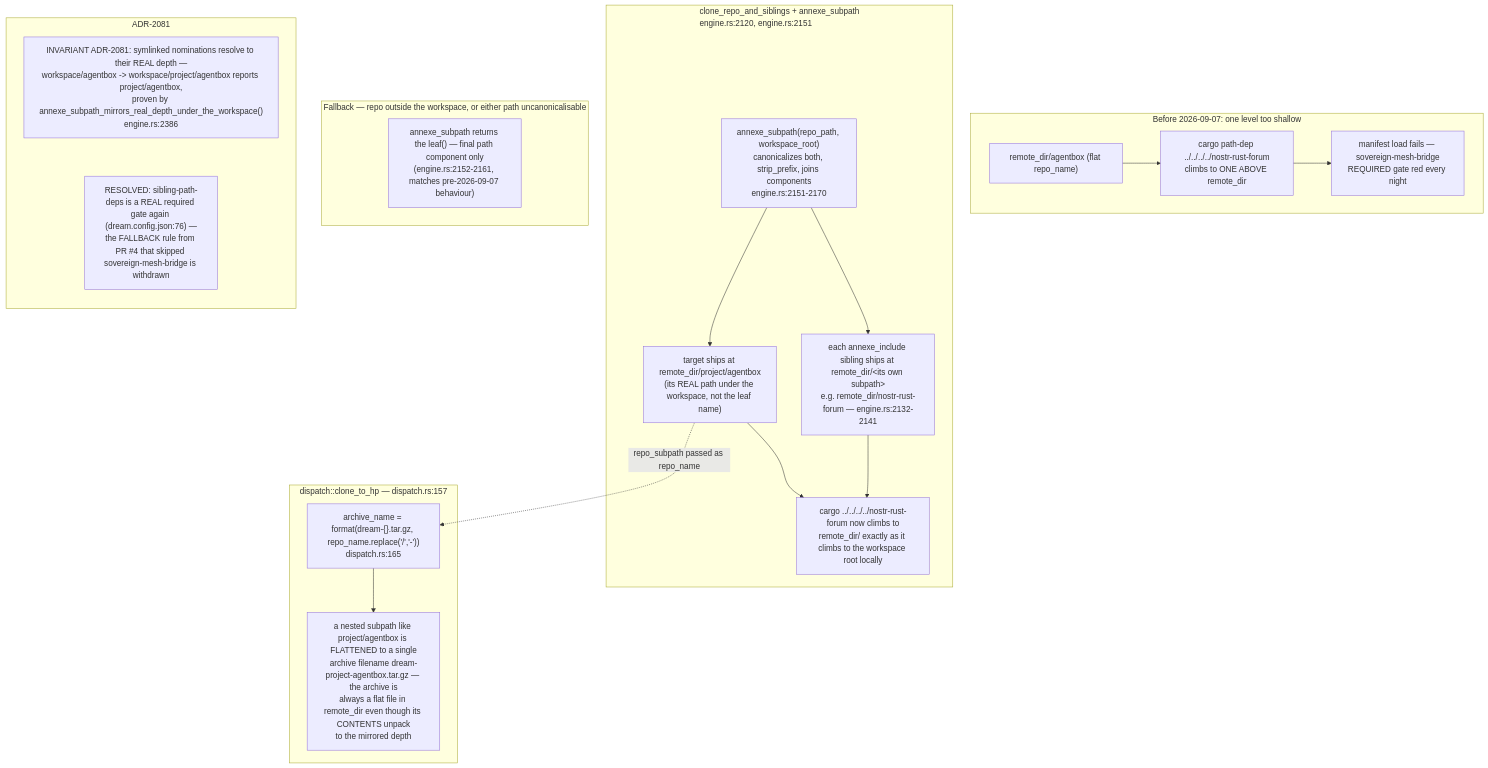
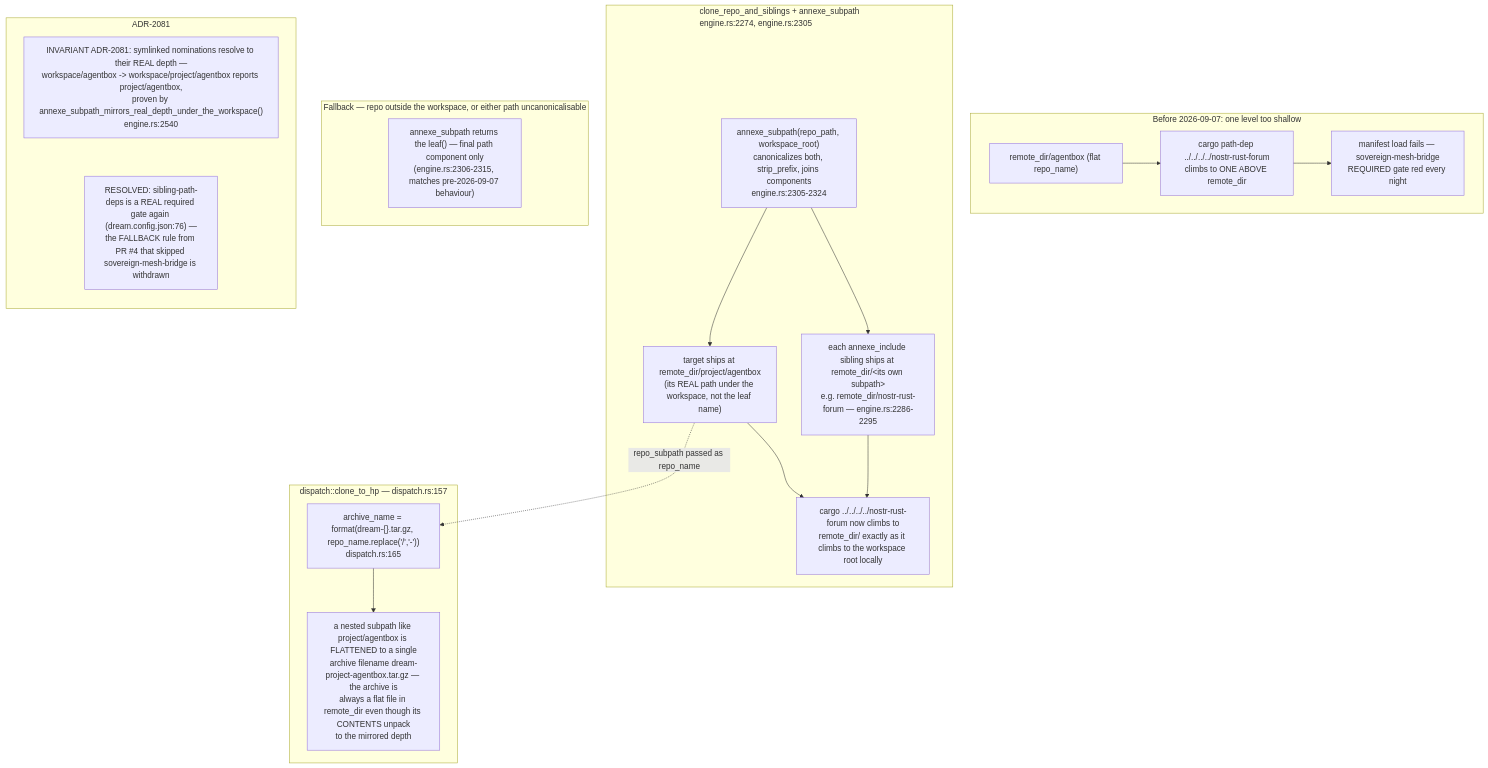
Diagram 11 of 20 in docs/diagrams/agentbox/23-dream-engine.md (DreamLab-AI/VisionFlow), drawn with Mermaid before and after one commit. The commit also changed other lines of this file and 80 other files, not shown here.

First line of the commit message:
docs(diagrams): re-verify the agentbox, dreamlab, estate and visionflow corpus against current sources

````diff
--- a/docs/diagrams/agentbox/23-dream-engine.md
+++ b/docs/diagrams/agentbox/23-dream-engine.md
@@ -673,34 +701,34 @@
 ```mermaid
 flowchart TB
     subgraph before["Before 2026-09-07: one level too shallow"]
         B1["remote_dir/agentbox #40;flat repo_name#41;"]
         B2["cargo path-dep ../../../../nostr-rust-forum<br/>climbs to ONE ABOVE remote_dir"]
         B3["manifest load fails — sovereign-mesh-bridge<br/>REQUIRED gate red every night"]
         B1 --> B2 --> B3
     end
-    subgraph after["clone_repo_and_siblings + annexe_subpath<br/>engine.rs:2120, engine.rs:2151"]
-        A1["annexe_subpath#40;repo_path, workspace_root#41;<br/>canonicalizes both, strip_prefix, joins components<br/>engine.rs:2151-2170"]
+    subgraph after["clone_repo_and_siblings + annexe_subpath<br/>engine.rs:2274, engine.rs:2305"]
+        A1["annexe_subpath#40;repo_path, workspace_root#41;<br/>canonicalizes both, strip_prefix, joins components<br/>engine.rs:2305-2324"]
         A2["target ships at remote_dir/project/agentbox<br/>#40;its REAL path under the workspace, not the leaf name#41;"]
-        A3["each annexe_include sibling ships at remote_dir/&lt;its own subpath&gt;<br/>e.g. remote_dir/nostr-rust-forum — engine.rs:2132-2141"]
+        A3["each annexe_include sibling ships at remote_dir/&lt;its own subpath&gt;<br/>e.g. remote_dir/nostr-rust-forum — engine.rs:2286-2295"]
         A4["cargo ../../../../nostr-rust-forum now climbs to<br/>remote_dir/ exactly as it climbs to the workspace root locally"]
         A1 --> A2
         A1 --> A3
         A2 --> A4
         A3 --> A4
     end
     subgraph dispatch["dispatch::clone_to_hp — dispatch.rs:157"]
         D1["archive_name = format#40;dream-{}.tar.gz, repo_name.replace#40;'/','-'#41;#41;<br/>dispatch.rs:165"]
         D2["a nested subpath like project/agentbox is FLATTENED to a single<br/>archive filename dream-project-agentbox.tar.gz — the archive is<br/>always a flat file in remote_dir even though its CONTENTS unpack<br/>to the mirrored depth"]
         D1 --> D2
     end
     A2 -.->|"repo_subpath passed as repo_name"| D1
     subgraph fallback["Fallback — repo outside the workspace, or either path uncanonicalisable"]
-        F1["annexe_subpath returns the leaf#40;#41; — final path component only<br/>#40;engine.rs:2152-2161, matches pre-2026-09-07 behaviour#41;"]
+        F1["annexe_subpath returns the leaf#40;#41; — final path component only<br/>#40;engine.rs:2306-2315, matches pre-2026-09-07 behaviour#41;"]
     end
     subgraph notes["ADR-2081"]
         direction TB
-        N1["INVARIANT ADR-2081: symlinked nominations resolve to their REAL depth —<br/>workspace/agentbox -> workspace/project/agentbox reports project/agentbox,<br/>proven by annexe_subpath_mirrors_real_depth_under_the_workspace#40;#41;<br/>engine.rs:2386"]
+        N1["INVARIANT ADR-2081: symlinked nominations resolve to their REAL depth —<br/>workspace/agentbox -> workspace/project/agentbox reports project/agentbox,<br/>proven by annexe_subpath_mirrors_real_depth_under_the_workspace#40;#41;<br/>engine.rs:2540"]
         N2["RESOLVED: sibling-path-deps is a REAL required gate again (dream.config.json:76) —<br/>the FALLBACK rule from PR #4 that skipped sovereign-mesh-bridge is withdrawn"]
         N1 ~~~ N2
     end
 ```
````
